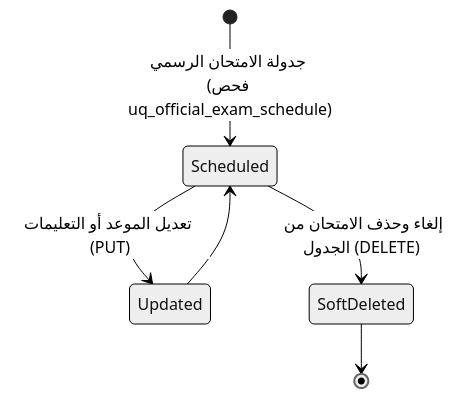
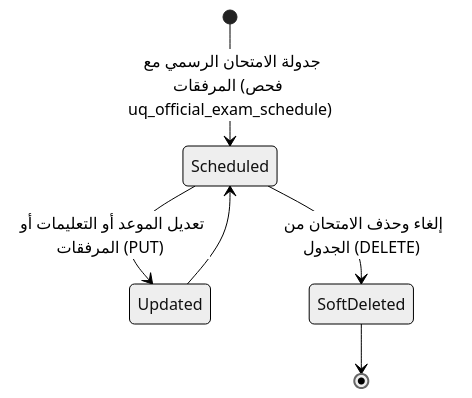
Before and after one commit to alalemusa98-ctrl/Taqniya-SMS: the diagram in MD/phases/phase_08_official_exams/backend.md, drawn with Mermaid (neutral theme). The commit also changed other lines of this file and 6 other files, not shown here.

````diff
--- a/MD/phases/phase_08_official_exams/backend.md
+++ b/MD/phases/phase_08_official_exams/backend.md
@@ -53,8 +53,8 @@
 ```mermaid
 stateDiagram-v2
-    [*] --> Scheduled: جدولة الامتحان الرسمي (فحص uq_official_exam_schedule)
-    Scheduled --> Updated: تعديل الموعد أو التعليمات (PUT)
+    [*] --> Scheduled: جدولة الامتحان الرسمي مع المرفقات (فحص uq_official_exam_schedule)
+    Scheduled --> Updated: تعديل الموعد أو التعليمات أو المرفقات (PUT)
     Updated --> Scheduled
     Scheduled --> SoftDeleted: إلغاء وحذف الامتحان من الجدول (DELETE)
     SoftDeleted --> [*]
 ```
````
